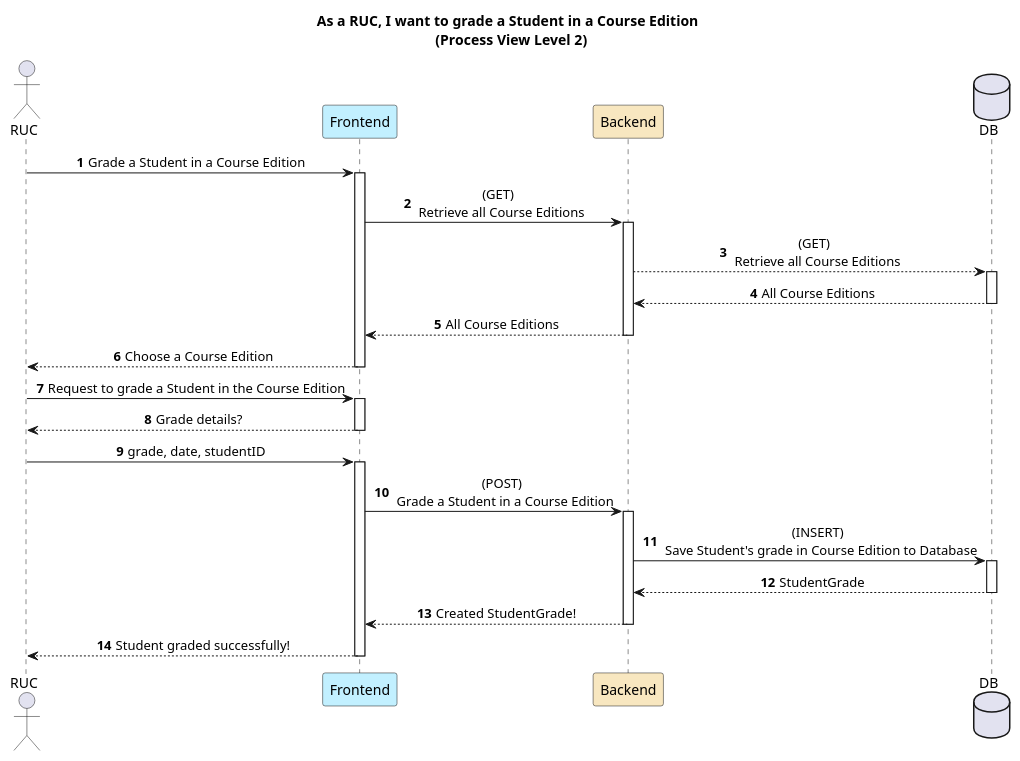
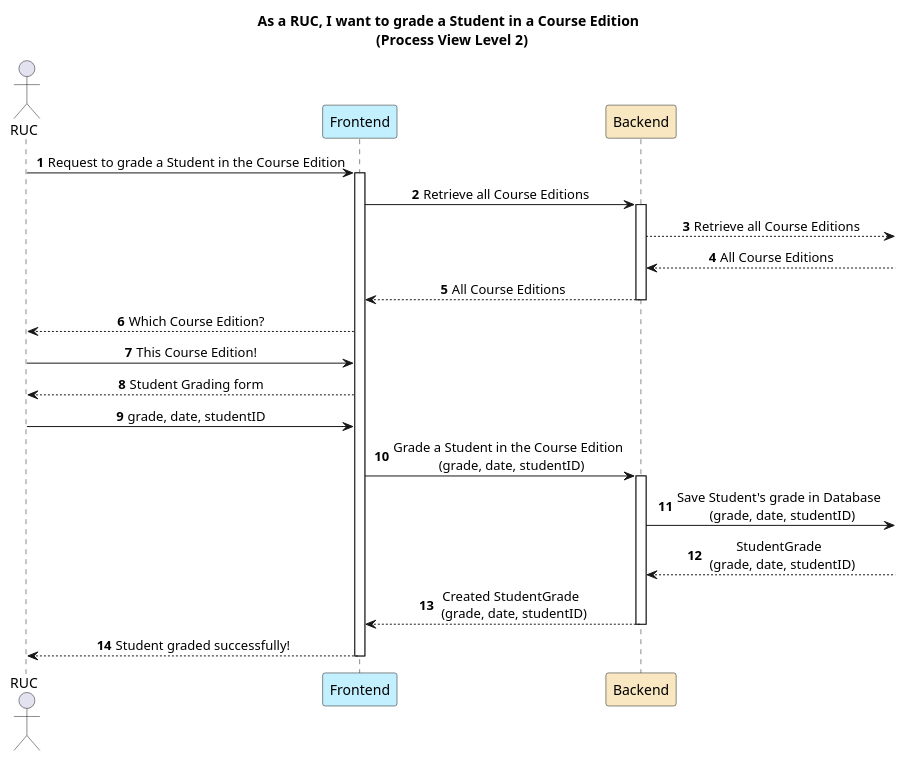
One commit to GasparISEP/DevOps-PAI changed the diagram in docs/US22/REST_API/ProcessView/Level2.puml. Above: the diagram before and after it, drawn with PlantUML. The commit also changed 7 other files, not shown here.

First line of the commit message:
Refs #560: Change sprint6-related diagrams (ProcessView and ClassDiagram) from US22

```diff
--- a/docs/US22/REST_API/ProcessView/Level2.puml
+++ b/docs/US22/REST_API/ProcessView/Level2.puml
@@ -1,52 +1,37 @@
 @startuml
 
 autonumber
 title As a RUC, I want to grade a Student in a Course Edition \n (Process View Level 2)
 
 skinparam sequencemessagealign center
 
 actor RUC as RUC
 participant "Frontend" as FE #application
 participant "Backend" as BE #strategy
-database DB
 
-
-''RUC -> FE: Grade a Student in a Course Edition
-''activate FE
-''FE --> RUC: Grade details?
-''RUC -> FE: grade, date, studentID
-''FE --> RUC : Which Course Edition?
-''deactivate FE
-
-RUC -> FE : Grade a Student in a Course Edition
-activate FE
-FE -> BE : (GET) \n Retrieve all Course Editions
-activate BE
-BE --> DB : (GET) \n Retrieve all Course Editions
-activate DB
-DB --> BE : All Course Editions
-deactivate DB
-BE --> FE : All Course Editions
-deactivate BE
-FE --> RUC : Choose a Course Edition
-deactivate FE
 
 RUC -> FE : Request to grade a Student in the Course Edition
 activate FE
-FE --> RUC: Grade details?
-deactivate FE
+
+
+FE -> BE : Retrieve all Course Editions
+activate BE
+BE --> : Retrieve all Course Editions
+BE <--  : All Course Editions
+BE --> FE : All Course Editions
+deactivate BE
+FE --> RUC : Which Course Edition?
+RUC -> FE : This Course Edition!
+
+FE --> RUC: Student Grading form
 RUC -> FE: grade, date, studentID
-activate FE
-FE -> BE : (POST) \n Grade a Student in a Course Edition
+FE -> BE : Grade a Student in the Course Edition \n (grade, date, studentID)
 activate BE
-BE -> DB: (INSERT) \n Save Student's grade in Course Edition to Database
-activate DB
-DB --> BE: StudentGrade
-deactivate DB
-BE --> FE: Created StudentGrade!
+BE ->  : Save Student's grade in Database \n (grade, date, studentID)
+BE <--  : StudentGrade \n (grade, date, studentID)
+BE --> FE: Created StudentGrade \n (grade, date, studentID)
 deactivate BE
 FE --> RUC: Student graded successfully!
 deactivate FE
 
-
 @enduml
```
